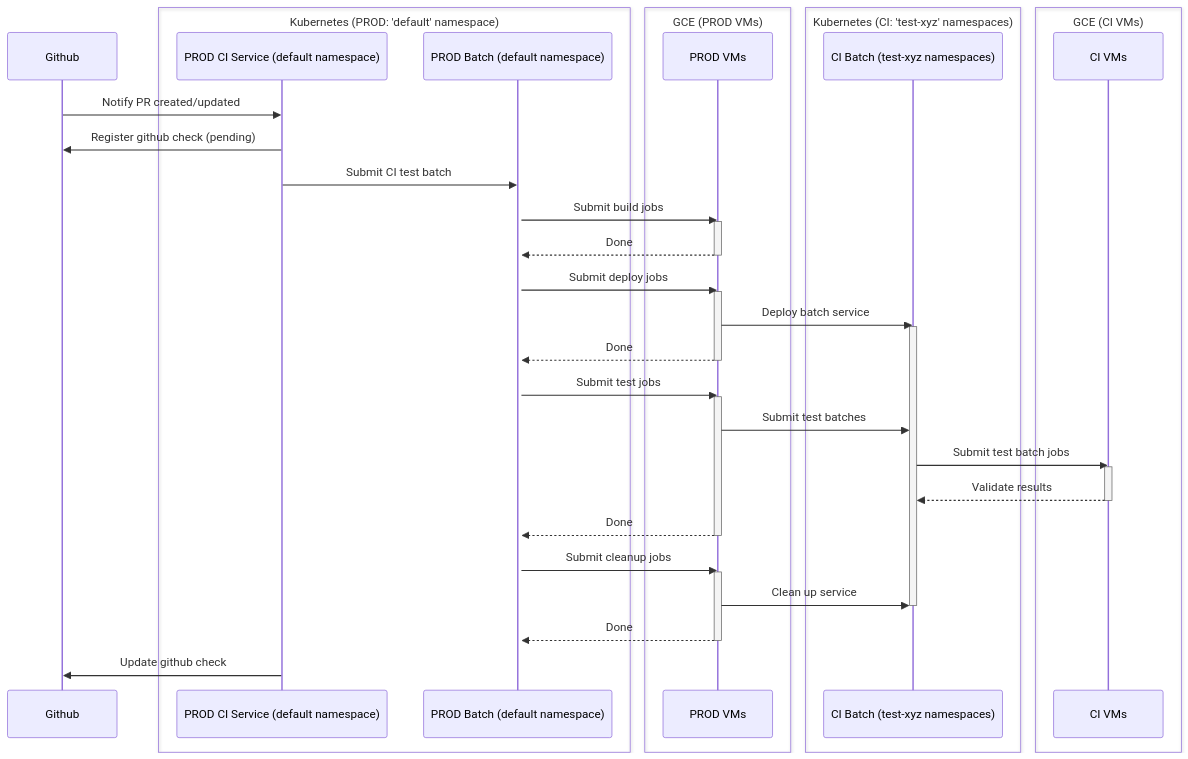
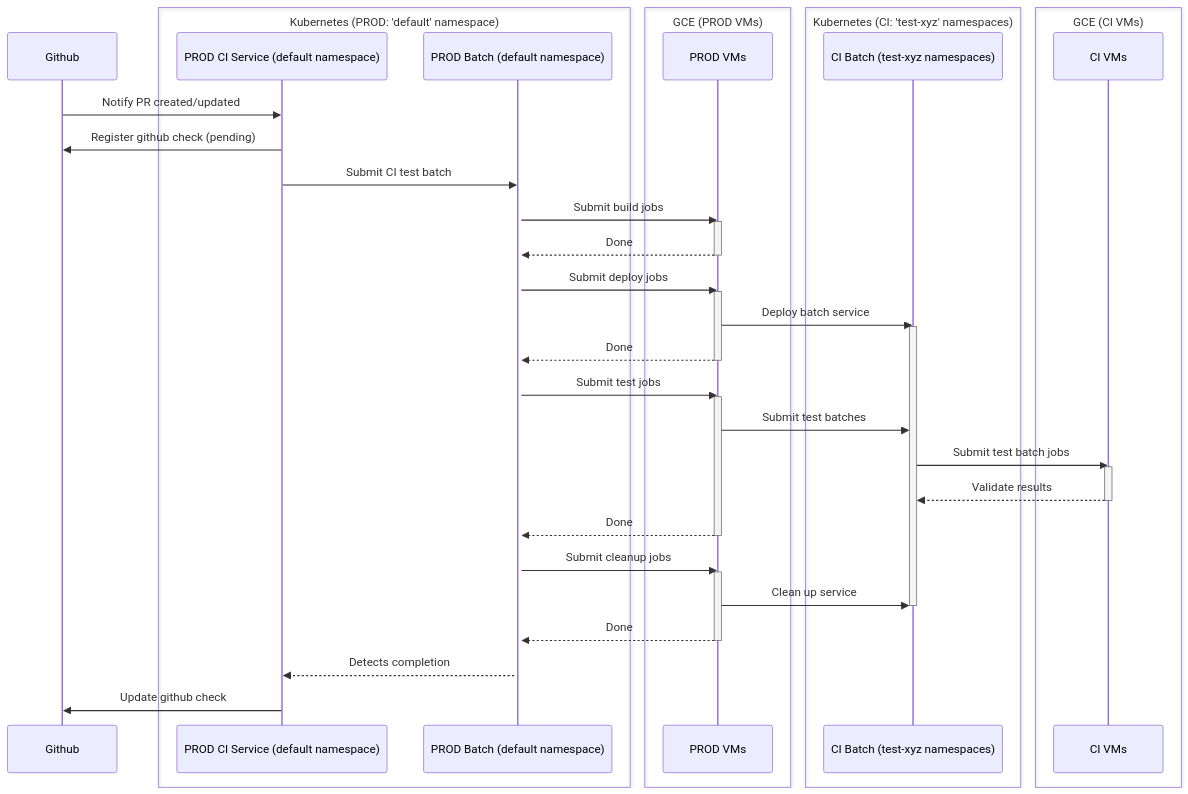
One commit to hail-is/hail changed the first of 2 diagrams in dev-docs/services/ci/README.md. Above: the diagram before and after it, drawn with Mermaid. The commit also changed other lines of this file and 2 other files, not shown here.

Commit message:
More SVG=>Mermaid

````diff
--- a/dev-docs/services/ci/README.md
+++ b/dev-docs/services/ci/README.md
@@ -94,49 +94,50 @@
 ```mermaid
 sequenceDiagram
     participant Github
     box Kubernetes (PROD: 'default' namespace)
     participant CI as PROD CI Service (default namespace)
     participant PB as PROD Batch (default namespace)
     end
     box GCE (PROD VMs)
     participant PVM as  PROD VMs
     end
     box Kubernetes (CI: 'test-xyz' namespaces)
     participant CIB as CI Batch (test-xyz namespaces)
     end
     box GCE (CI VMs)
     participant CIVM as CI VMs
     end
 
     Github->>CI: Notify PR created/updated
 
     CI->>Github: Register github check (pending)
     CI->>PB: Submit CI test batch
     activate PB
     PB->>PVM: Submit build jobs
     activate PVM
     PVM-->>PB: Done
     deactivate PVM
     PB->>PVM: Submit deploy jobs
     activate PVM
     PVM->>CIB: Deploy batch service
     activate CIB
     PVM-->>PB: Done
     deactivate PVM
     PB->>PVM: Submit test jobs
     activate PVM
     PVM->>CIB: Submit test batches
     CIB->>CIVM: Submit test batch jobs
     activate CIVM
     CIVM-->>CIB: Validate results
     deactivate CIVM
     PVM-->>PB: Done
     deactivate PVM
     PB->>PVM: Submit cleanup jobs
     activate PVM
     PVM->>CIB: Clean up service
     deactivate CIB
     PVM-->>PB: Done
     deactivate PVM
+    PB-->>CI: Detects completion
     CI->>Github: Update github check
 ```
````
